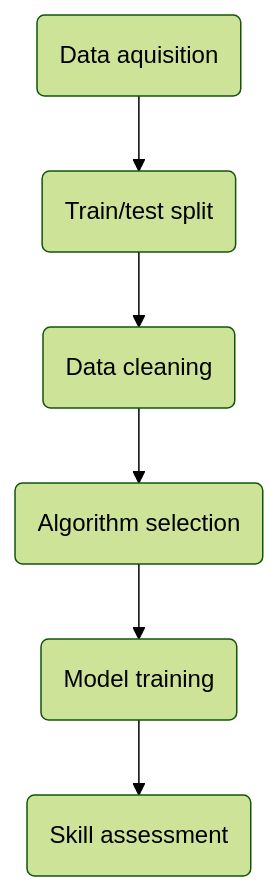
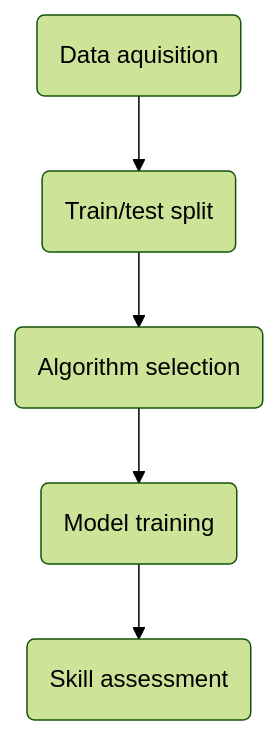
Before and after one commit to DHI/datatalks: the fifth of 7 diagrams in talk_17_regression_sklearn/regression.qmd, drawn with Mermaid (forest theme). The commit also changed other lines of this file, not shown here.

````diff
--- a/talk_17_regression_sklearn/regression.qmd
+++ b/talk_17_regression_sklearn/regression.qmd
@@ -117,9 +117,8 @@
 ```{mermaid}
 %%| echo: false
 flowchart TB
   DA(Data aquisition)  --> SP(Train/test split)
-  SP --> DC(Data cleaning)
-  DC --> AS(Algorithm selection)
+  SP --> AS(Algorithm selection)
   AS --> MT(Model training)
   MT --> ME(Skill assessment)
 ```
````
